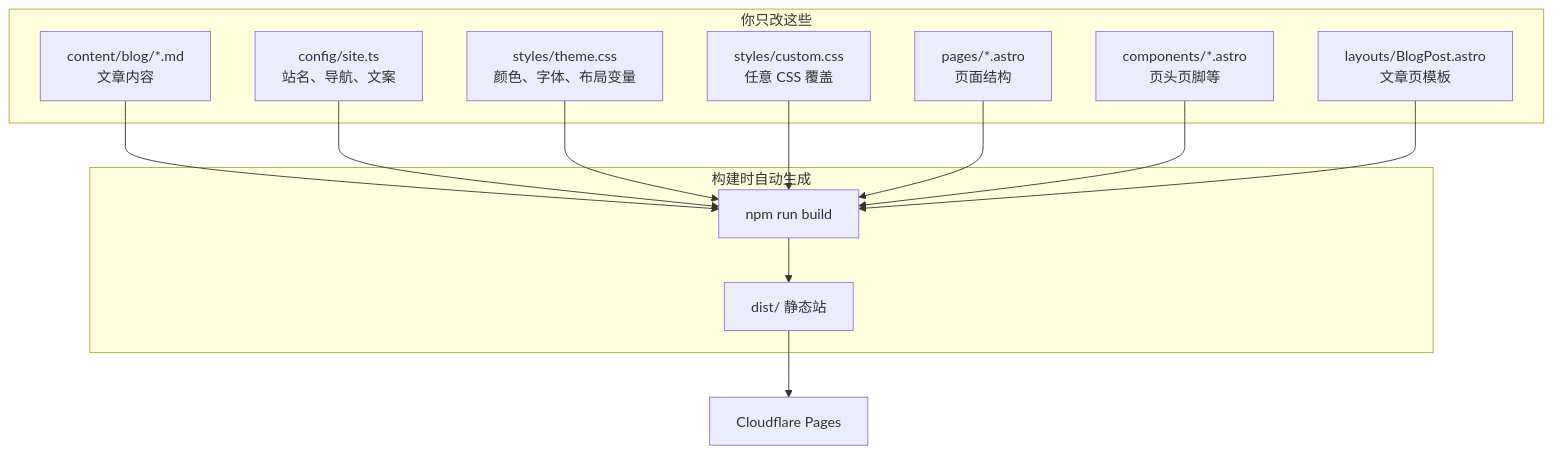
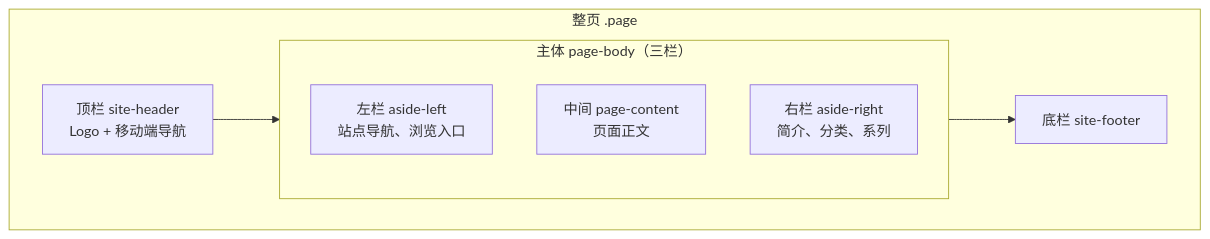
One commit to Xanvil/blog changed the diagram in src/config/site.struct.md. Above: the diagram before and after it, drawn with Mermaid. The commit also changed other lines of this file and 8 other files, not shown here.

````diff
--- a/src/config/site.struct.md
+++ b/src/config/site.struct.md
@@ -3,27 +3,14 @@
 ```mermaid
 flowchart TB
-    subgraph 你只改这些
-        MD["content/blog/*.md<br/>文章内容"]
-        SITE["config/site.ts<br/>站名、导航、文案"]
-        THEME["styles/theme.css<br/>颜色、字体、布局变量"]
-        CUSTOM["styles/custom.css<br/>任意 CSS 覆盖"]
-        PAGES["pages/*.astro<br/>页面结构"]
-        COMP["components/*.astro<br/>页头页脚等"]
-        LAYOUT["layouts/BlogPost.astro<br/>文章页模板"]
+    subgraph page["整页 .page"]
+        H["顶栏 site-header<br/>Logo + 移动端导航"]
+        subgraph body["主体 page-body（三栏）"]
+            L["左栏 aside-left<br/>站点导航、浏览入口"]
+            M["中间 page-content<br/>页面正文"]
+            R["右栏 aside-right<br/>简介、分类、系列"]
+        end
+        F["底栏 site-footer"]
     end
 
-    subgraph 构建时自动生成
-        BUILD["npm run build"]
-        DIST["dist/ 静态站"]
-    end
-
-    MD --> BUILD
-    SITE --> BUILD
-    THEME --> BUILD
-    CUSTOM --> BUILD
-    PAGES --> BUILD
-    COMP --> BUILD
-    LAYOUT --> BUILD
-    BUILD --> DIST
-    DIST --> CF["Cloudflare Pages"]
+    H --> body --> F
 ```
````
